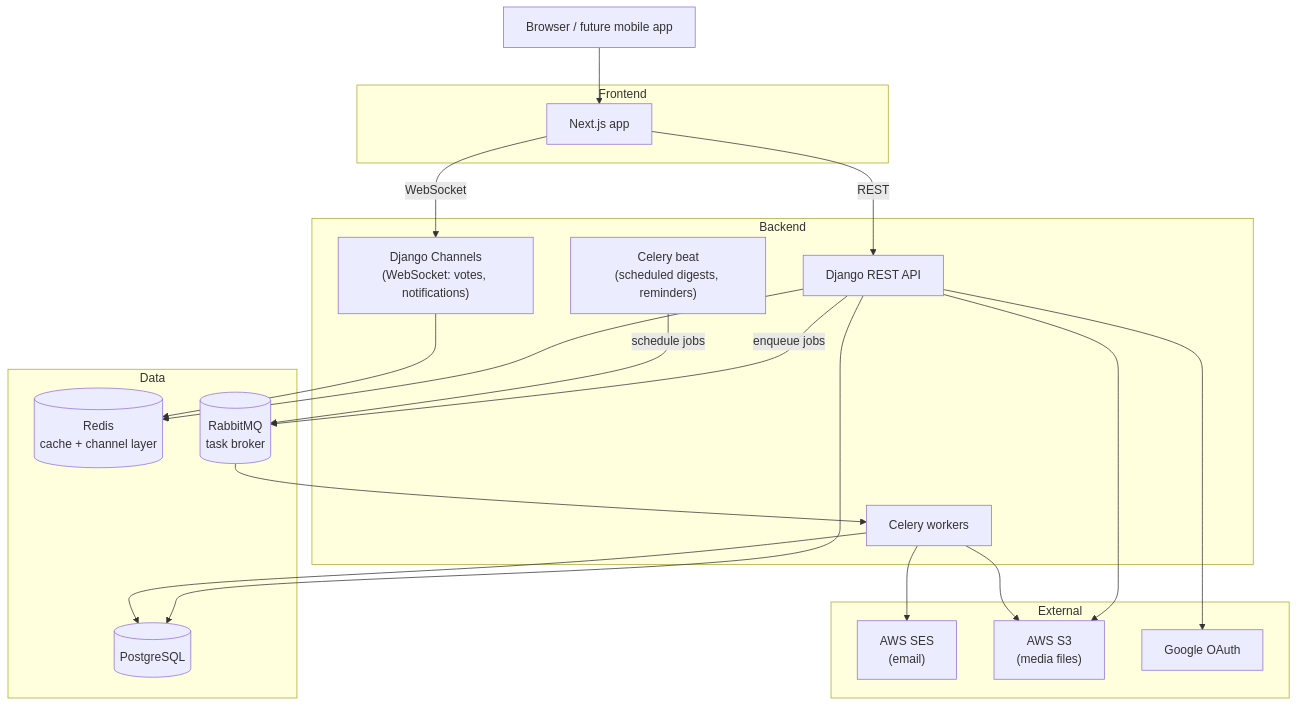
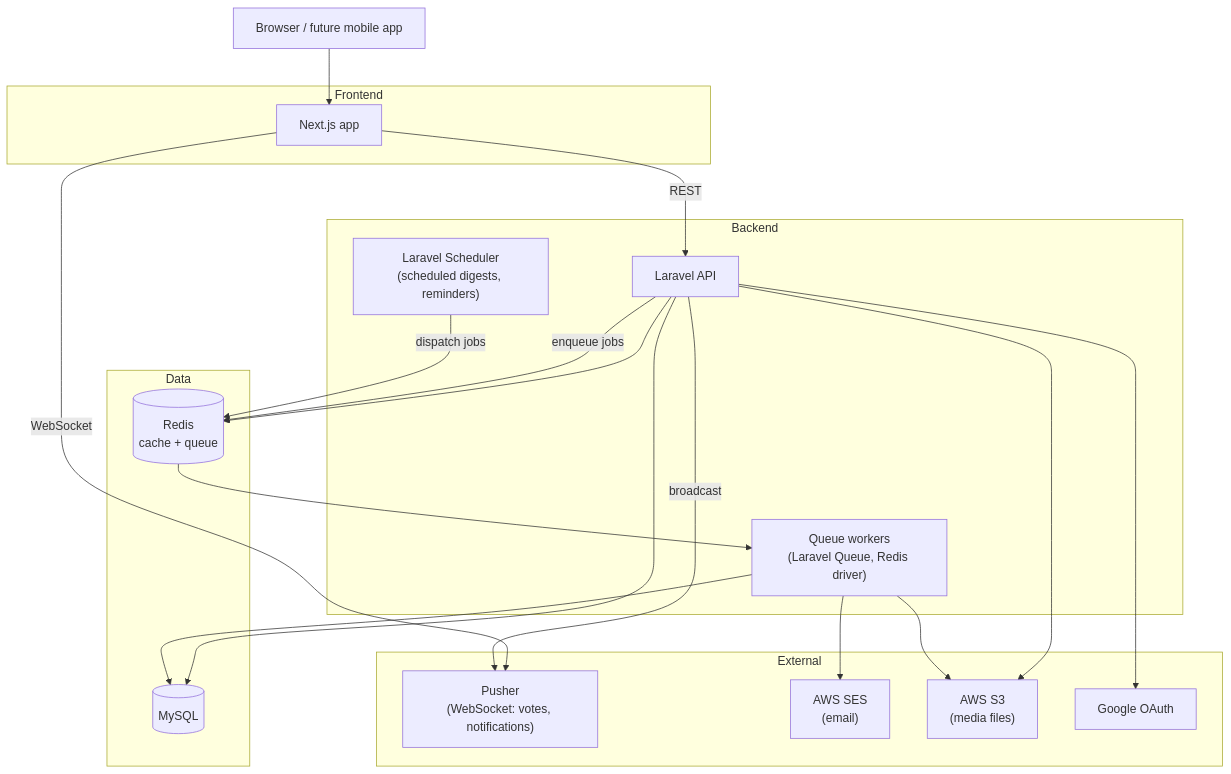
The diagram in README.md (Shadman-Ahmed-Chowdhury/launchpad), drawn with Mermaid before and after one commit. The commit also changed other lines of this file and 3 other files, not shown here.

````diff
--- a/README.md
+++ b/README.md
@@ -45,42 +43,41 @@
 ```mermaid
 graph TD
     Browser["Browser / future mobile app"]
 
     subgraph Frontend
         Next["Next.js app"]
     end
 
     subgraph Backend
-        API["Django REST API"]
-        WS["Django Channels\n(WebSocket: votes, notifications)"]
-        Worker["Celery workers"]
-        Beat["Celery beat\n(scheduled digests, reminders)"]
+        API["Laravel API"]
+        Worker["Queue workers\n(Laravel Queue, Redis driver)"]
+        Scheduler["Laravel Scheduler\n(scheduled digests, reminders)"]
     end
 
     subgraph Data
-        PG[(PostgreSQL)]
-        Redis[(Redis\ncache + channel layer)]
-        MQ[(RabbitMQ\ntask broker)]
+        MySQLDB[(MySQL)]
+        Redis[(Redis\ncache + queue)]
     end
 
     subgraph External
+        Pusher["Pusher\n(WebSocket: votes, notifications)"]
         SES["AWS SES\n(email)"]
         S3["AWS S3\n(media files)"]
         Google["Google OAuth"]
     end
 
     Browser --> Next
     Next -->|REST| API
-    Next -->|WebSocket| WS
-    API --> PG
+    Next -->|WebSocket| Pusher
+    API --> MySQLDB
     API --> Redis
     API --> S3
     API --> Google
-    WS --> Redis
-    API -->|enqueue jobs| MQ
-    Beat -->|schedule jobs| MQ
-    MQ --> Worker
-    Worker --> PG
+    API -->|broadcast| Pusher
+    API -->|enqueue jobs| Redis
+    Scheduler -->|dispatch jobs| Redis
+    Redis --> Worker
+    Worker --> MySQLDB
     Worker --> SES
     Worker --> S3
 ```
````
